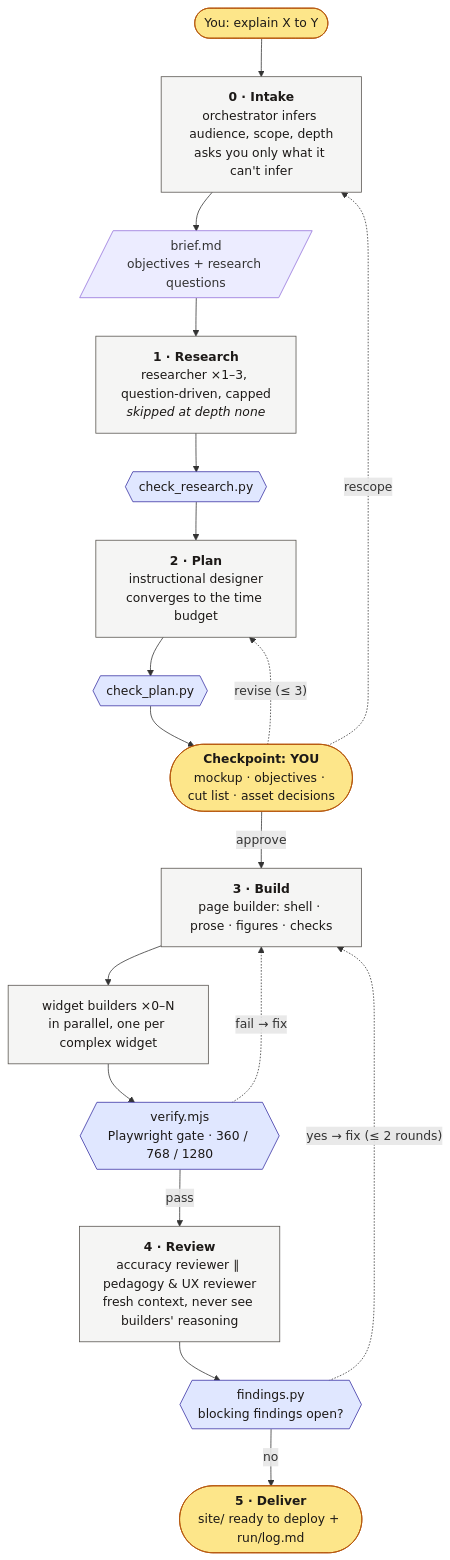
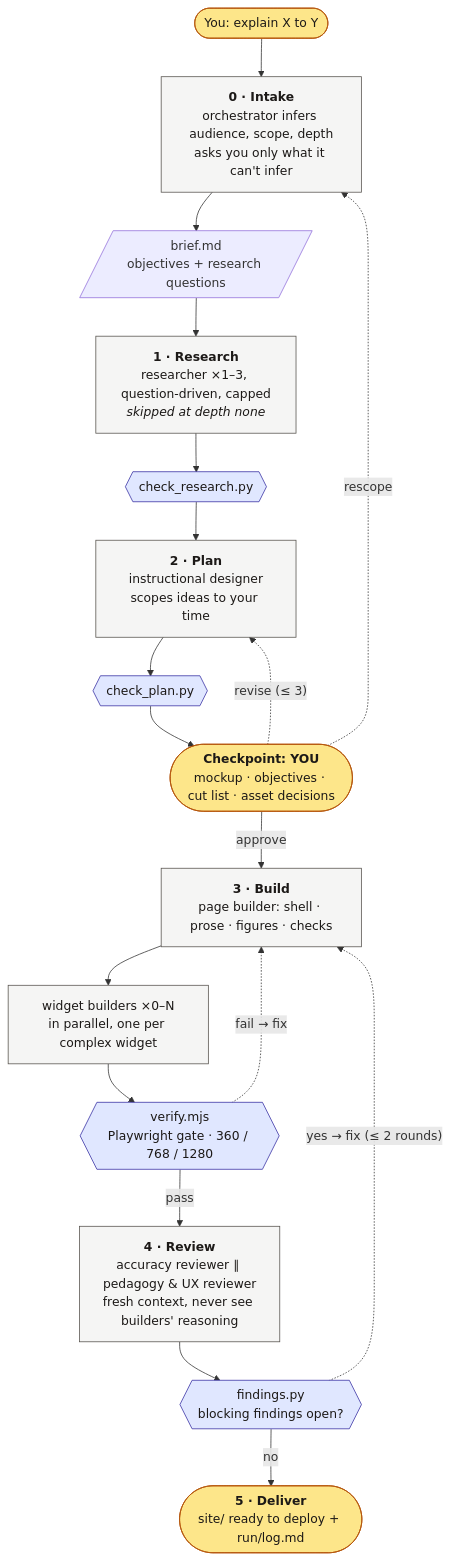
The first of 2 diagrams in skills/didactician/README.md (gravitypersists/didactician), drawn with Mermaid before and after one commit. The commit also changed other lines of this file and 11 other files, not shown here.

````diff
--- a/skills/didactician/README.md
+++ b/skills/didactician/README.md
@@ -15,28 +15,28 @@
 ```mermaid
 flowchart TD
     U(["You: explain X to Y"]) --> I["<b>0 · Intake</b><br/>orchestrator infers audience, scope, depth<br/>asks you only what it can't infer"]
     I --> B[/"brief.md<br/>objectives + research questions"/]
     B --> R["<b>1 · Research</b><br/>researcher ×1–3, question-driven, capped<br/><i>skipped at depth none</i>"]
     R --> CR{{"check_research.py"}}
-    CR --> P["<b>2 · Plan</b><br/>instructional designer<br/>converges to the time budget"]
+    CR --> P["<b>2 · Plan</b><br/>instructional designer<br/>scopes ideas to your time"]
     P --> CP{{"check_plan.py"}}
     CP --> H(["<b>Checkpoint: YOU</b><br/>mockup · objectives · cut list · asset decisions"])
     H -- approve --> PB["<b>3 · Build</b><br/>page builder: shell · prose · figures · checks"]
     PB --> WB["widget builders ×0–N<br/>in parallel, one per complex widget"]
     WB --> G{{"verify.mjs<br/>Playwright gate · 360 / 768 / 1280"}}
     G -- pass --> RV["<b>4 · Review</b><br/>accuracy reviewer ∥ pedagogy & UX reviewer<br/>fresh context, never see builders' reasoning"]
     RV --> F{{"findings.py<br/>blocking findings open?"}}
     F -- no --> OUT(["<b>5 · Deliver</b><br/>site/ ready to deploy + run/log.md"])
 
     H -. "revise (≤ 3)" .-> P
     H -. rescope .-> I
     G -. "fail → fix" .-> PB
     F -. "yes → fix (≤ 2 rounds)" .-> PB
 
     classDef human fill:#fde68a,stroke:#b45309,color:#1c1917
     classDef gate fill:#e0e7ff,stroke:#3730a3,color:#1c1917
     classDef agent fill:#f5f5f4,stroke:#57534e,color:#1c1917
     class U,H,OUT human
     class CR,CP,G,F gate
     class I,R,P,PB,WB,RV agent
 ```
````
